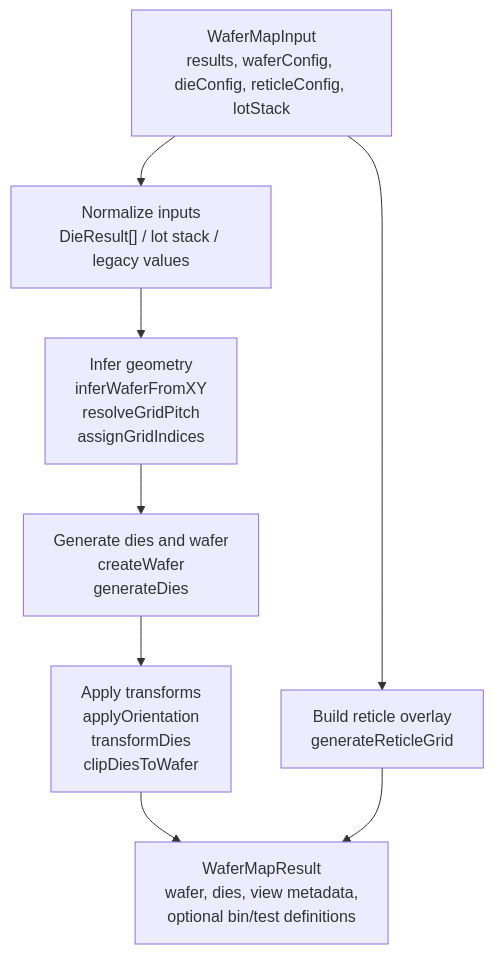
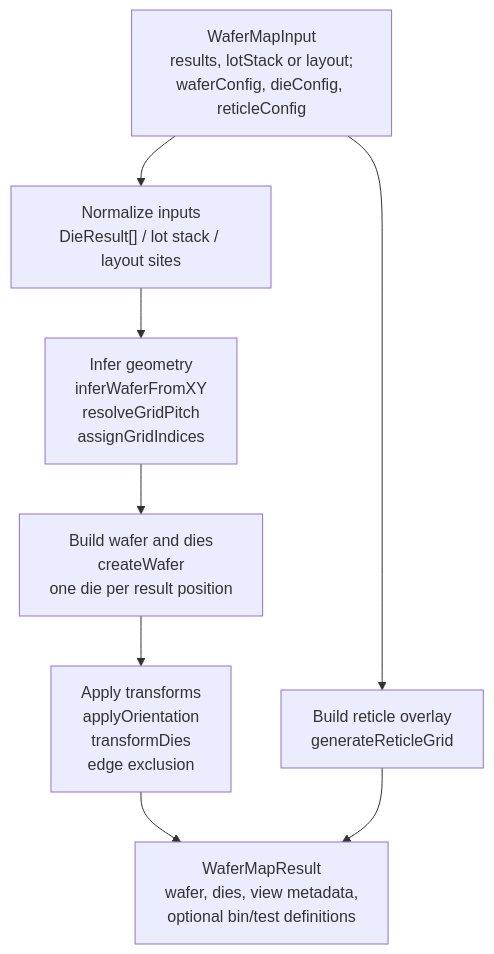
The third of 5 diagrams in docs/architecture.md (wafertools/wafermap), drawn with Mermaid before and after one commit. The commit also changed other lines of this file and 115 other files, not shown here.

````diff
--- a/docs/architecture.md
+++ b/docs/architecture.md
@@ -142,19 +142,19 @@
 ```mermaid
 graph TB
-    input["WaferMapInput<br/>results, waferConfig, dieConfig, reticleConfig, lotStack"]
+    input["WaferMapInput<br/>results, lotStack or layout;<br/>waferConfig, dieConfig, reticleConfig"]
 
-    normalize["Normalize inputs<br/>DieResult[] / lot stack / legacy values"]
+    normalize["Normalize inputs<br/>DieResult[] / lot stack / layout sites"]
     inferGeo["Infer geometry<br/>inferWaferFromXY<br/>resolveGridPitch<br/>assignGridIndices"]
-    makeDies["Generate dies and wafer<br/>createWafer<br/>generateDies"]
-    transform["Apply transforms<br/>applyOrientation<br/>transformDies<br/>clipDiesToWafer"]
+    makeDies["Build wafer and dies<br/>createWafer<br/>one die per result position"]
+    transform["Apply transforms<br/>applyOrientation<br/>transformDies<br/>edge exclusion"]
     reticle["Build reticle overlay<br/>generateReticleGrid"]
     output["WaferMapResult<br/>wafer, dies, view metadata,<br/>optional bin/test definitions"]
 
     input --> normalize
     normalize --> inferGeo
     inferGeo --> makeDies
     makeDies --> transform
     transform --> output
     input --> reticle
     reticle --> output
 ```
````
